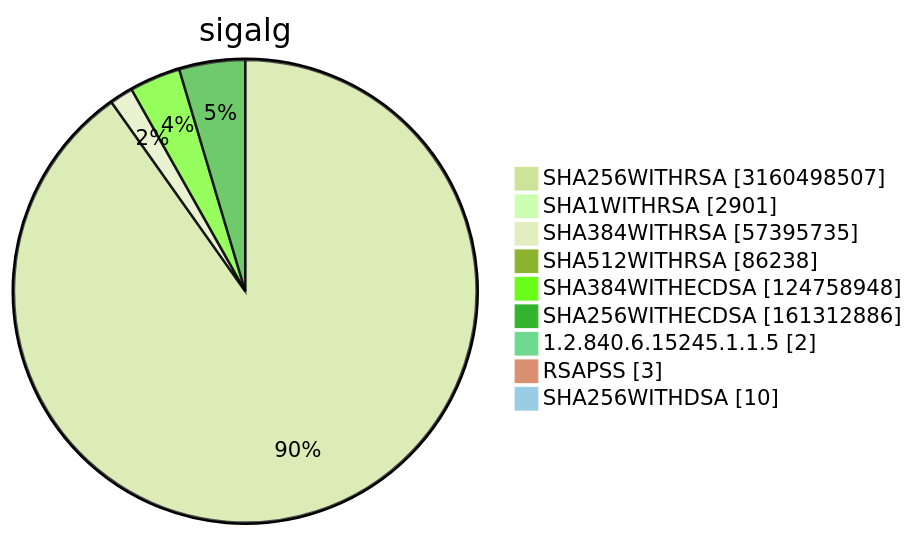
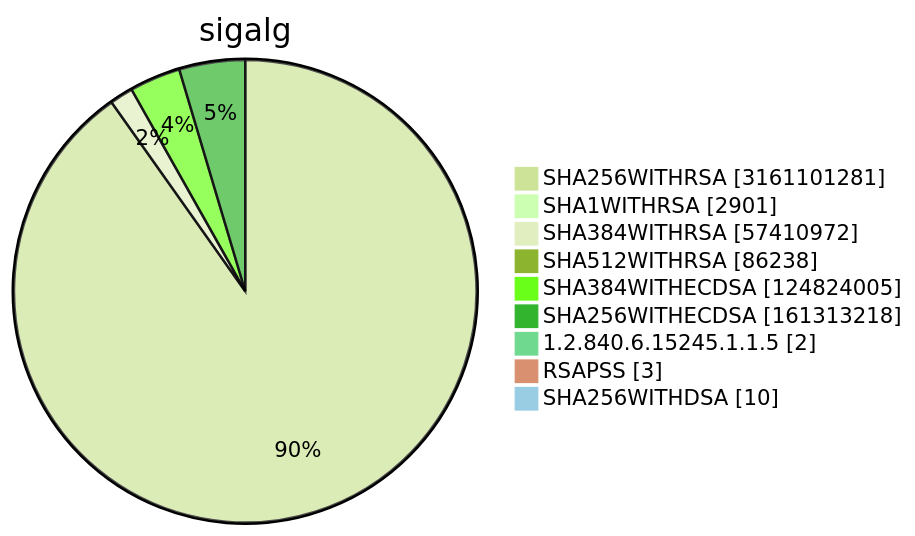
One commit to christiankrug/ctmonitor_visualization changed diagram 15 of 15 in TOTAL/README.md. Above: the diagram before and after it, drawn with Mermaid (forest theme). The commit also changed other lines of this file, not shown here.

````diff
--- a/TOTAL/README.md
+++ b/TOTAL/README.md
@@ -6215,13 +6215,13 @@
 ```mermaid
 pie showData
 title sigalg
-"SHA256WITHRSA" :3160498507
+"SHA256WITHRSA" :3161101281
 "SHA1WITHRSA" :2901
-"SHA384WITHRSA" :57395735
+"SHA384WITHRSA" :57410972
 "SHA512WITHRSA" :86238
-"SHA384WITHECDSA" :124758948
-"SHA256WITHECDSA" :161312886
+"SHA384WITHECDSA" :124824005
+"SHA256WITHECDSA" :161313218
 "1.2.840.6.15245.1.1.5" :2
 "RSAPSS" :3
 "SHA256WITHDSA" :10
 ```
````
